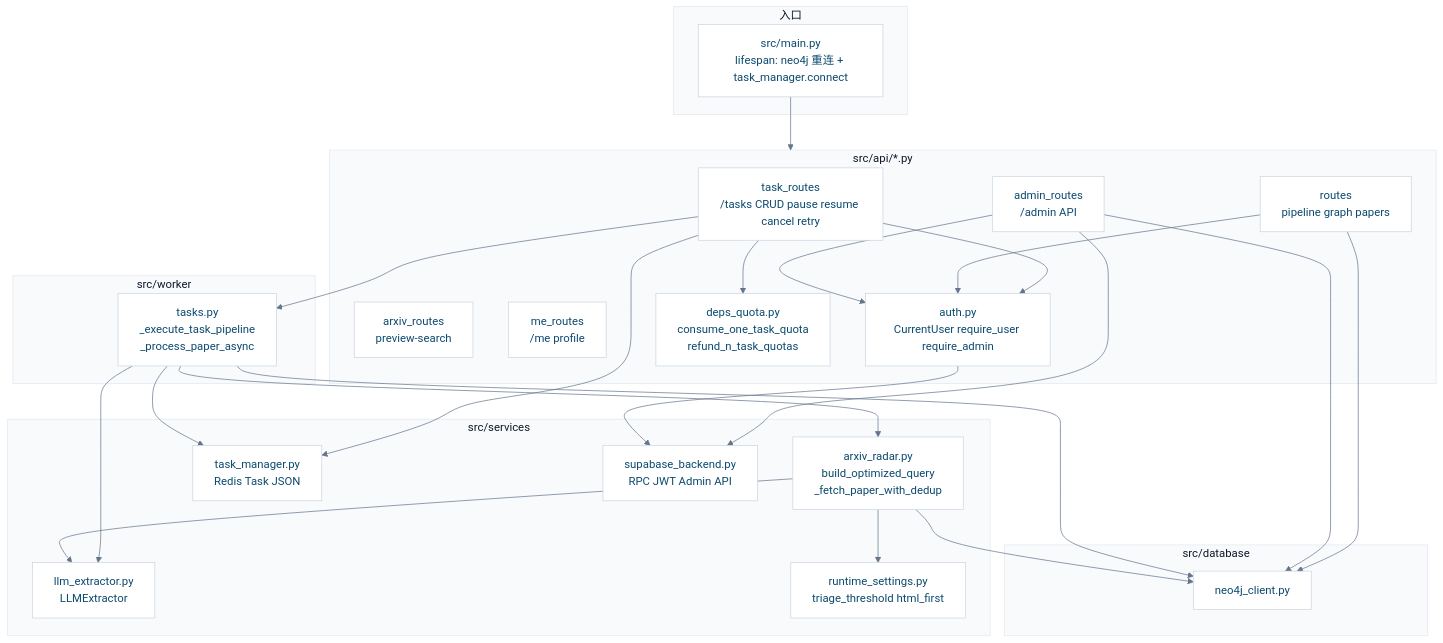
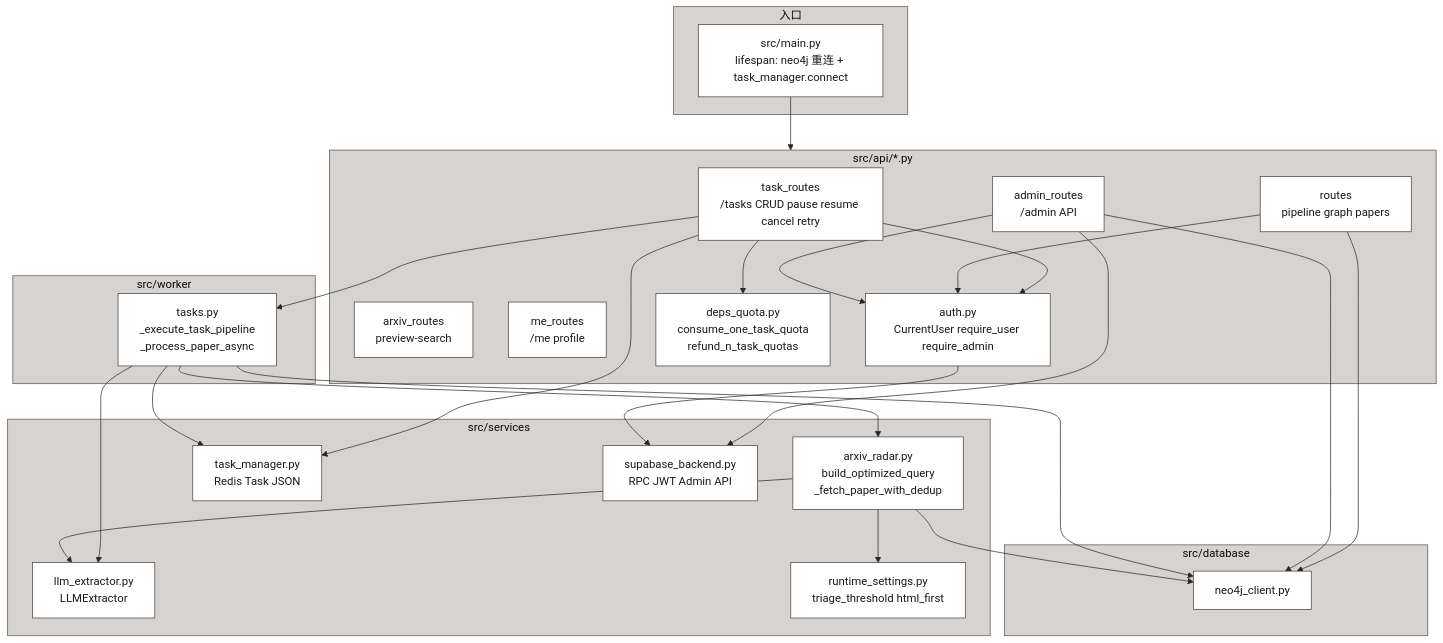
Before and after one commit to liu-kaining/ArxPrism: the third of 22 diagrams in spec/DIAGRAMS.md, drawn with Mermaid. The commit also changed other lines of this file, not shown here.

````diff
--- a/spec/DIAGRAMS.md
+++ b/spec/DIAGRAMS.md
@@ -108,52 +110,52 @@
 ```mermaid
-%%{init: {'theme':'base','themeVariables':{'fontFamily':'ui-sans-serif,system-ui,sans-serif','primaryColor':'#e0f2fe','primaryTextColor':'#0c4a6e','primaryBorderColor':'#0284c7','secondaryColor':'#f8fafc','tertiaryColor':'#f1f5f9','lineColor':'#64748b','secondaryTextColor':'#334155','tertiaryTextColor':'#475569','mainBkg':'#ffffff','nodeBorder':'#cbd5e1','defaultLinkColor':'#64748b','clusterBkg':'#f8fafc','clusterBorder':'#e2e8f0','edgeLabelBackground':'#f8fafc','titleColor':'#0f172a','actorBkg':'#e0f2fe','actorBorder':'#0284c7','actorTextColor':'#0c4a6e','signalColor':'#475569','activationBkgColor':'#e2e8f0','activationBorderColor':'#94a3b8','noteBkgColor':'#fffbeb','noteTextColor':'#78350f','noteBorderColor':'#f59e0b'}}}%%
+%%{init: {'theme':'base','themeVariables':{'fontFamily':'ui-sans-serif,system-ui,sans-serif','fontSize':'16px','primaryColor':'#fafaf9','primaryTextColor':'#1c1917','primaryBorderColor':'#44403c','secondaryColor':'#f5f5f4','tertiaryColor':'#e7e5e4','lineColor':'#27272a','secondaryTextColor':'#1c1917','tertiaryTextColor':'#292524','mainBkg':'#ffffff','textColor':'#1c1917','nodeBorder':'#44403c','defaultLinkColor':'#27272a','clusterBkg':'#d6d3d1','clusterBorder':'#57534e','edgeLabelBackground':'#ffffff','titleColor':'#0c0a09','actorBkg':'#fafaf9','actorBorder':'#44403c','actorTextColor':'#1c1917','signalColor':'#27272a','signalTextColor':'#1c1917','activationBkgColor':'#e7e5e4','activationBorderColor':'#57534e','noteBkgColor':'#fef9c3','noteTextColor':'#422006','noteBorderColor':'#a16207'}}}%%
 flowchart TB
     subgraph Entry["入口"]
         MAIN["src/main.py\nlifespan: neo4j 重连 + task_manager.connect"]
     end
 
     subgraph Routers["src/api/*.py"]
         TR["task_routes\n/tasks CRUD pause resume cancel retry"]
         RR["routes\npipeline graph papers"]
         AR["arxiv_routes\npreview-search"]
         ME["me_routes\n/me profile"]
         AD["admin_routes\n/admin API"]
         AUTH["auth.py\nCurrentUser require_user require_admin"]
         DQ["deps_quota.py\nconsume_one_task_quota\nrefund_n_task_quotas"]
     end
 
     subgraph Svc["src/services"]
         RAD["arxiv_radar.py\nbuild_optimized_query\n_fetch_paper_with_dedup"]
         LLM["llm_extractor.py\nLLMExtractor"]
         TM["task_manager.py\nRedis Task JSON"]
         RUN["runtime_settings.py\ntriage_threshold html_first"]
         SBK["supabase_backend.py\nRPC JWT Admin API"]
     end
 
     subgraph DB["src/database"]
         NC["neo4j_client.py"]
     end
 
     subgraph Worker["src/worker"]
         TSK["tasks.py\n_execute_task_pipeline\n_process_paper_async"]
     end
 
     MAIN --> Routers
     TR --> AUTH
     TR --> DQ
     TR --> TM
     TR --> TSK
     RR --> AUTH
     RR --> NC
     AD --> AUTH
     AD --> NC
     AD --> SBK
     AUTH --> SBK
     TSK --> RAD
     TSK --> LLM
     TSK --> NC
     TSK --> TM
     RAD --> RUN
     RAD --> LLM
     RAD --> NC
 ```
````
